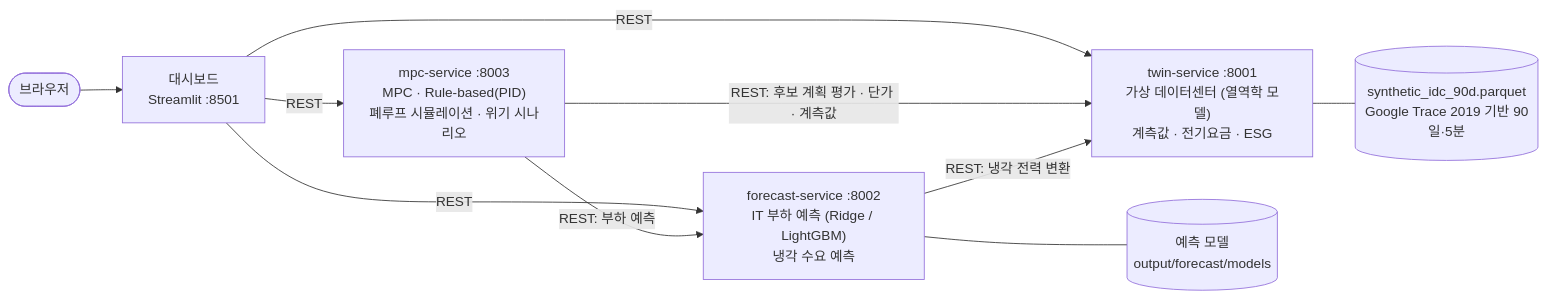
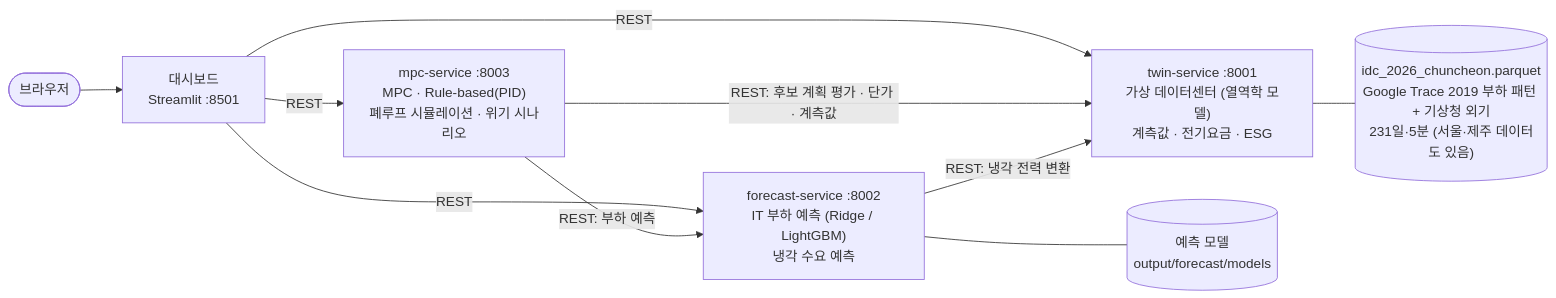
One commit to codesey-IDC/codesey-IDC-back changed the diagram in README.md. Above: the diagram before and after it, drawn with Mermaid. The commit also changed other lines of this file and 45 other files, not shown here.

````diff
--- a/README.md
+++ b/README.md
@@ -23,12 +23,12 @@
 ```mermaid
 flowchart LR
     U([브라우저]) --> D["대시보드<br/>Streamlit :8501"]
     D -- REST --> M["mpc-service :8003<br/>MPC · Rule-based(PID)<br/>폐루프 시뮬레이션 · 위기 시나리오"]
     D -- REST --> F["forecast-service :8002<br/>IT 부하 예측 (Ridge / LightGBM)<br/>냉각 수요 예측"]
     D -- REST --> T["twin-service :8001<br/>가상 데이터센터 (열역학 모델)<br/>계측값 · 전기요금 · ESG"]
     M -- "REST: 부하 예측" --> F
     M -- "REST: 후보 계획 평가 · 단가 · 계측값" --> T
     F -- "REST: 냉각 전력 변환" --> T
-    T --- DATA[("synthetic_idc_90d.parquet<br/>Google Trace 2019 기반 90일·5분")]
+    T --- DATA[("idc_2026_chuncheon.parquet<br/>Google Trace 2019 부하 패턴 + 기상청 외기<br/>231일·5분 (서울·제주 데이터도 있음)")]
     F --- MODEL[("예측 모델<br/>output/forecast/models")]
 ```
````
